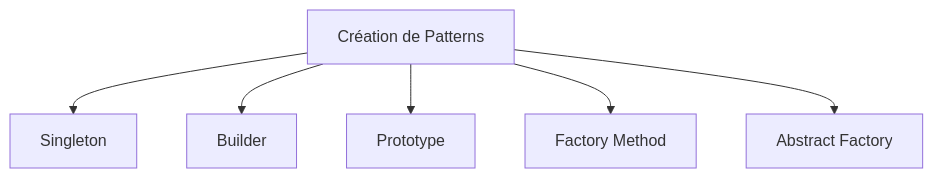
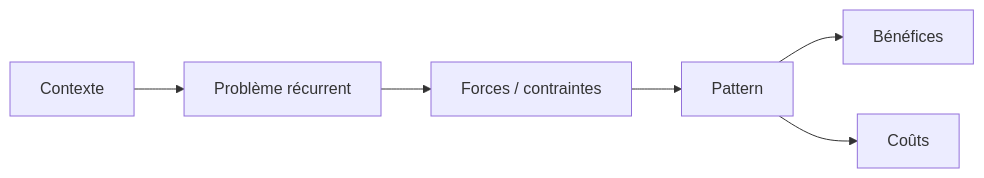
One commit to michaellaunay/NotesPubliques changed the first of 5 diagrams in cours/Design patterns.md. Above: the diagram before and after it, drawn with Mermaid. The commit also changed other lines of this file, not shown here.

````diff
--- a/cours/Design patterns.md
+++ b/cours/Design patterns.md
@@ -146,8 +84,8 @@
 ```mermaid
-graph TD
-    A[Création de Patterns] --> B[Singleton]
-    A --> C[Builder]
-    A --> D[Prototype]
-    A --> E[Factory Method]
-    A --> F[Abstract Factory]
+graph LR
+    A[Contexte] --> B[Problème récurrent]
+    B --> C[Forces / contraintes]
+    C --> D[Pattern]
+    D --> E[Bénéfices]
+    D --> F[Coûts]
 ```
````
